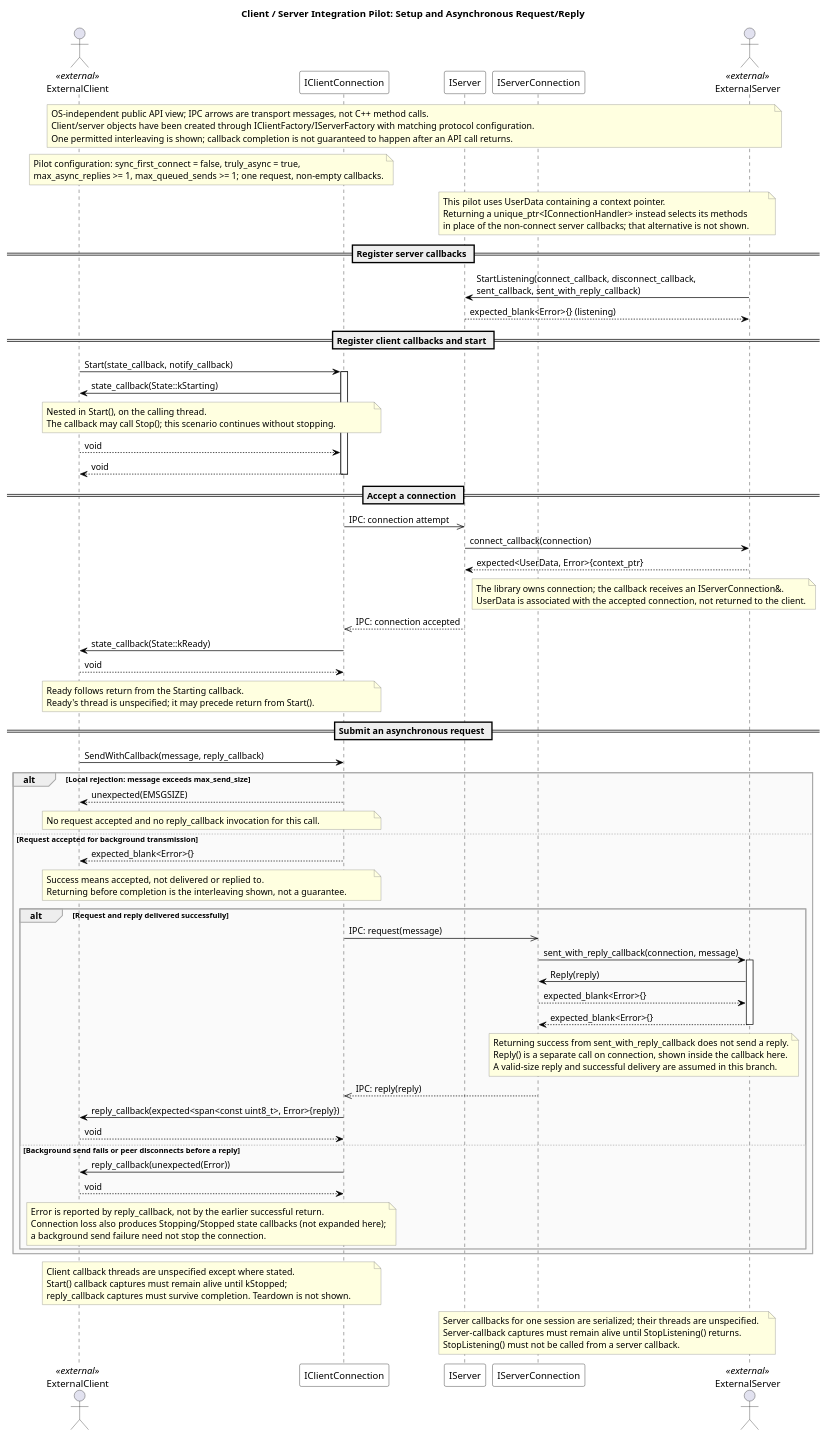
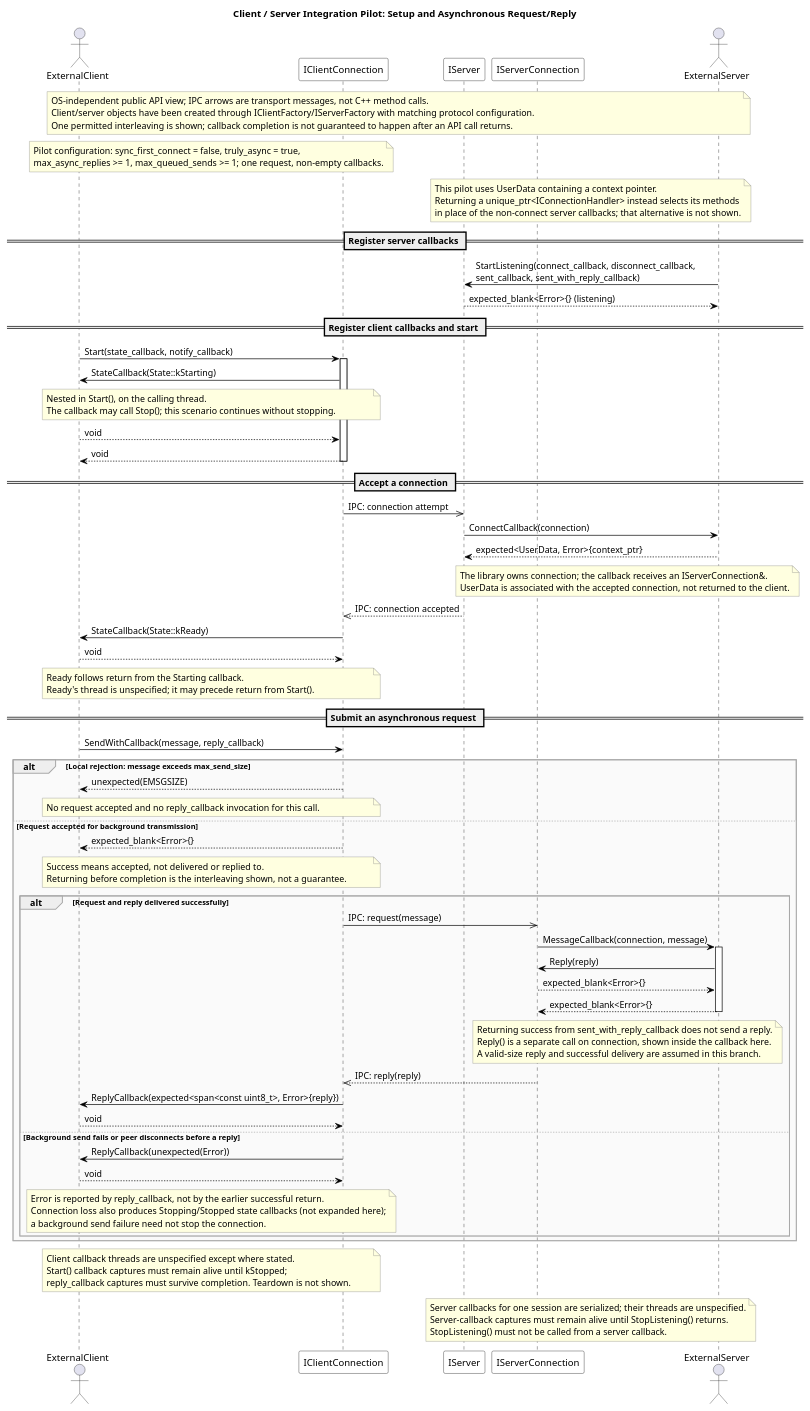
The diagram in score/message_passing/dependability/software_architectural_design/client_server_async_integration.puml (eclipse-score/communication), drawn with PlantUML before and after one commit. The commit also changed 6 other files, not shown here.

Commit message:
message_passing: update sequence diagrams in preparation to tooling update

```diff
--- a/score/message_passing/dependability/software_architectural_design/client_server_async_integration.puml
+++ b/score/message_passing/dependability/software_architectural_design/client_server_async_integration.puml
@@ -14,85 +14,85 @@
 @startuml client_server_async_integration
 
 skinparam sequenceArrowColor Black
 skinparam sequenceParticipantBackgroundColor White
 skinparam sequenceParticipantBorderColor Black
 skinparam sequenceLifeLineBorderColor Black
 skinparam sequenceGroupBorderColor DarkGray
 skinparam sequenceGroupBodyBackgroundColor #FAFAFA
 skinparam NoteBackgroundColor LightYellow
 skinparam NoteBorderColor Gray
 skinparam NoteTextAlignment left
 
 title Client / Server Integration Pilot: Setup and Asynchronous Request/Reply
 
-actor ExternalClient <<external>>
+actor ExternalClient
 participant IClientConnection as client_api
 participant IServer as server_api
 participant IServerConnection as server_connection_api
-actor ExternalServer <<external>>
+actor ExternalServer
 
 note across : OS-independent public API view; IPC arrows are transport messages, not C++ method calls.\nClient/server objects have been created through IClientFactory/IServerFactory with matching protocol configuration.\nOne permitted interleaving is shown; callback completion is not guaranteed to happen after an API call returns.
 
 note over ExternalClient, client_api : Pilot configuration: sync_first_connect = false, truly_async = true,\nmax_async_replies >= 1, max_queued_sends >= 1; one request, non-empty callbacks.
 note over server_api, ExternalServer : This pilot uses UserData containing a context pointer.\nReturning a unique_ptr<IConnectionHandler> instead selects its methods\nin place of the non-connect server callbacks; that alternative is not shown.
 
 == Register server callbacks ==
 
 ExternalServer -> server_api : StartListening(connect_callback, disconnect_callback,\nsent_callback, sent_with_reply_callback)
 server_api --> ExternalServer : expected_blank<Error>{} (listening)
 
 == Register client callbacks and start ==
 
 ExternalClient -> client_api : Start(state_callback, notify_callback)
 activate client_api
-client_api -> ExternalClient : state_callback(State::kStarting)
+client_api -> ExternalClient : StateCallback(State::kStarting)
 note over ExternalClient, client_api : Nested in Start(), on the calling thread.\nThe callback may call Stop(); this scenario continues without stopping.
 ExternalClient --> client_api : void
 client_api --> ExternalClient : void
 deactivate client_api
 
 == Accept a connection ==
 
 client_api ->> server_api : IPC: connection attempt
-server_api -> ExternalServer : connect_callback(connection)
+server_api -> ExternalServer : ConnectCallback(connection)
 ExternalServer --> server_api : expected<UserData, Error>{context_ptr}
 note over server_connection_api, ExternalServer : The library owns connection; the callback receives an IServerConnection&.\nUserData is associated with the accepted connection, not returned to the client.
 server_api -->> client_api : IPC: connection accepted
-client_api -> ExternalClient : state_callback(State::kReady)
+client_api -> ExternalClient : StateCallback(State::kReady)
 ExternalClient --> client_api : void
 note over ExternalClient, client_api : Ready follows return from the Starting callback.\nReady's thread is unspecified; it may precede return from Start().
 
 == Submit an asynchronous request ==
 
 ExternalClient -> client_api : SendWithCallback(message, reply_callback)
 alt Local rejection: message exceeds max_send_size
     client_api --> ExternalClient : unexpected(EMSGSIZE)
     note over ExternalClient, client_api : No request accepted and no reply_callback invocation for this call.
 else Request accepted for background transmission
     client_api --> ExternalClient : expected_blank<Error>{}
     note over ExternalClient, client_api : Success means accepted, not delivered or replied to.\nReturning before completion is the interleaving shown, not a guarantee.
 
     alt Request and reply delivered successfully
         client_api ->> server_connection_api : IPC: request(message)
-        server_connection_api -> ExternalServer : sent_with_reply_callback(connection, message)
+        server_connection_api -> ExternalServer : MessageCallback(connection, message)
         activate ExternalServer
         ExternalServer -> server_connection_api : Reply(reply)
         server_connection_api --> ExternalServer : expected_blank<Error>{}
         ExternalServer --> server_connection_api : expected_blank<Error>{}
         deactivate ExternalServer
         note over server_connection_api, ExternalServer : Returning success from sent_with_reply_callback does not send a reply.\nReply() is a separate call on connection, shown inside the callback here.\nA valid-size reply and successful delivery are assumed in this branch.
 
         server_connection_api -->> client_api : IPC: reply(reply)
-        client_api -> ExternalClient : reply_callback(expected<span<const uint8_t>, Error>{reply})
+        client_api -> ExternalClient : ReplyCallback(expected<span<const uint8_t>, Error>{reply})
         ExternalClient --> client_api : void
     else Background send fails or peer disconnects before a reply
-        client_api -> ExternalClient : reply_callback(unexpected(Error))
+        client_api -> ExternalClient : ReplyCallback(unexpected(Error))
         ExternalClient --> client_api : void
         note over ExternalClient, client_api : Error is reported by reply_callback, not by the earlier successful return.\nConnection loss also produces Stopping/Stopped state callbacks (not expanded here);\na background send failure need not stop the connection.
     end
 end
 
 note over ExternalClient, client_api : Client callback threads are unspecified except where stated.\nStart() callback captures must remain alive until kStopped;\nreply_callback captures must survive completion. Teardown is not shown.
 note over server_api, ExternalServer : Server callbacks for one session are serialized; their threads are unspecified.\nServer-callback captures must remain alive until StopListening() returns.\nStopListening() must not be called from a server callback.
 
 @enduml
```
